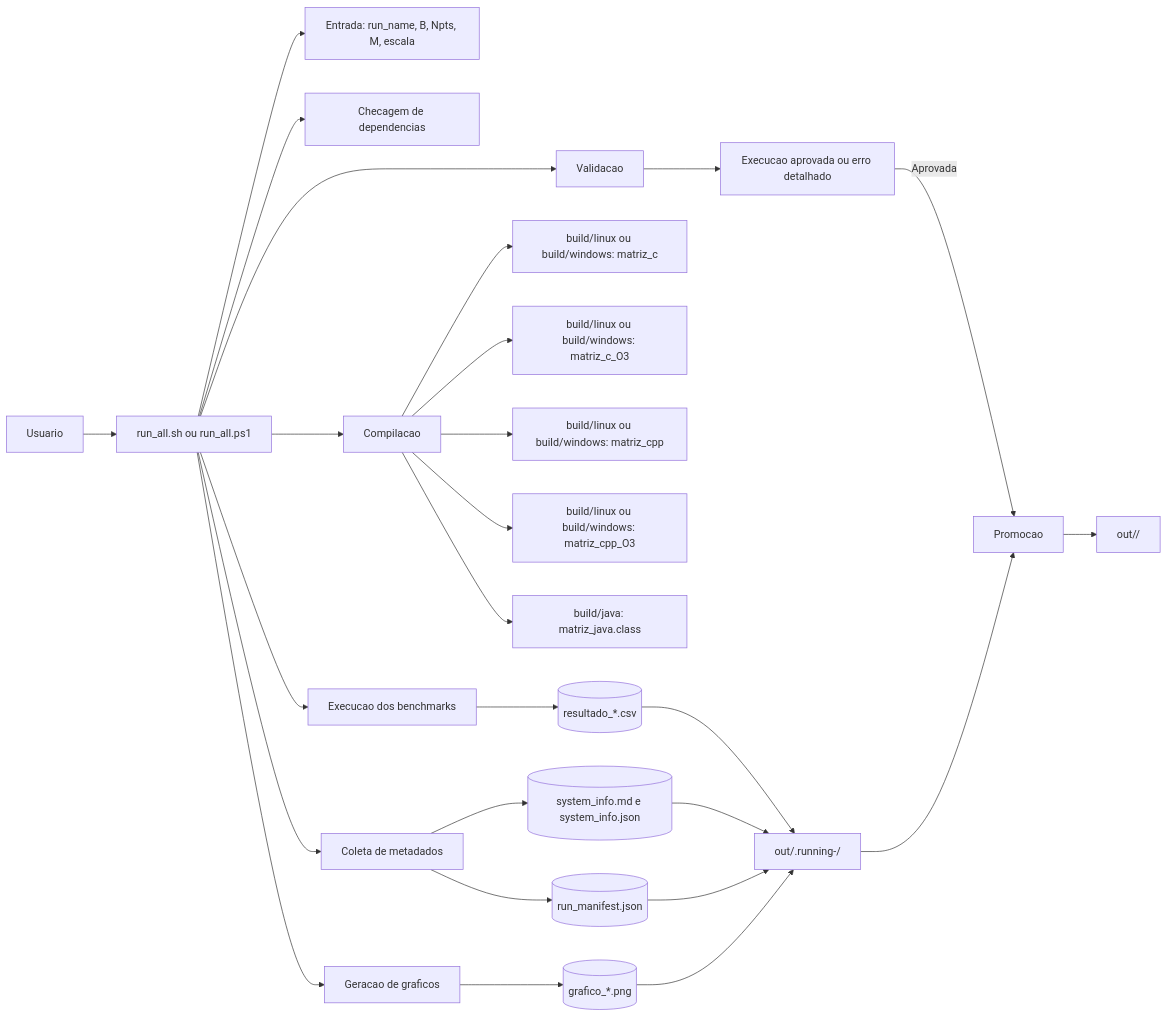
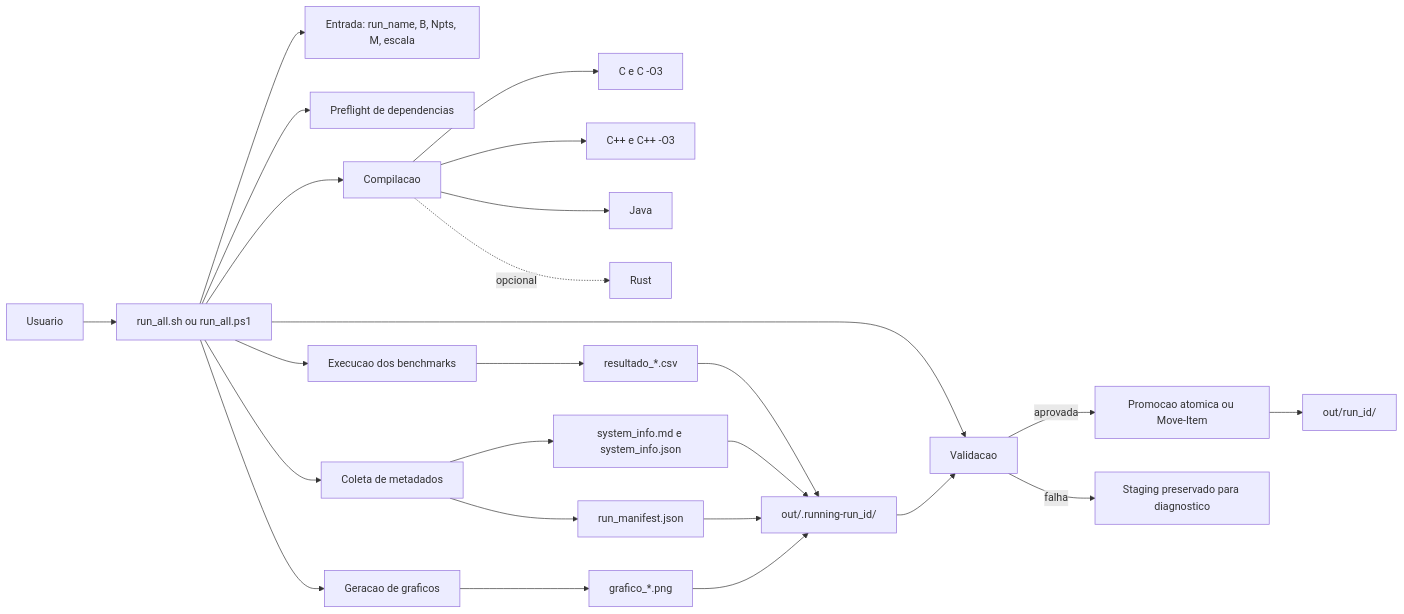
Before and after one commit to Lucas-Sperotto/matrix-multiplication-benchmark: the first of 16 diagrams in docs/DIAGRAMS.md, drawn with Mermaid. The commit also changed other lines of this file, not shown here.

Commit message:
docs: corrige diagramas Mermaid e atualiza fluxo de preflight

````diff
--- a/docs/DIAGRAMS.md
+++ b/docs/DIAGRAMS.md
@@ -19,32 +20,31 @@
 ```mermaid
 flowchart LR
-    Usuario[Usuario] --> Runner[run_all.sh ou run_all.ps1]
+    Usuario["Usuario"] --> Runner["run_all.sh ou run_all.ps1"]
 
-    Runner --> Parametros[Entrada: run_name, B, Npts, M, escala]
-    Runner --> Deps[Checagem de dependencias]
-    Runner --> Build[Compilacao]
-    Runner --> Exec[Execucao dos benchmarks]
-    Runner --> Meta[Coleta de metadados]
-    Runner --> Plot[Geracao de graficos]
-    Runner --> Val[Validacao]
+    Runner --> Parametros["Entrada: run_name, B, Npts, M, escala"]
+    Runner --> Deps["Preflight de dependencias"]
+    Runner --> Build["Compilacao"]
+    Runner --> Exec["Execucao dos benchmarks"]
+    Runner --> Meta["Coleta de metadados"]
+    Runner --> Plot["Geracao de graficos"]
+    Runner --> Val["Validacao"]
 
-    Build --> CBin[build/linux ou build/windows: matriz_c]
-    Build --> CO3Bin[build/linux ou build/windows: matriz_c_O3]
-    Build --> CppBin[build/linux ou build/windows: matriz_cpp]
-    Build --> CppO3Bin[build/linux ou build/windows: matriz_cpp_O3]
-    Build --> JavaClass[build/java: matriz_java.class]
+    Build --> CBin["C e C -O3"]
+    Build --> CppBin["C++ e C++ -O3"]
+    Build --> JavaClass["Java"]
+    Build -. opcional .-> RustBin["Rust"]
 
-    Exec --> Csvs[(resultado_*.csv)]
-    Meta --> SysInfo[(system_info.md e system_info.json)]
-    Meta --> Manifest[(run_manifest.json)]
-    Plot --> Pngs[(grafico_*.png)]
-    Val --> Status[Execucao aprovada ou erro detalhado]
+    Exec --> Csvs["resultado_*.csv"]
+    Meta --> SysInfo["system_info.md e system_info.json"]
+    Meta --> Manifest["run_manifest.json"]
+    Plot --> Pngs["grafico_*.png"]
 
-    Csvs --> Staging["out/.running-<run_id>/"]
+    Csvs --> Staging["out/.running-run_id/"]
     SysInfo --> Staging
     Manifest --> Staging
     Pngs --> Staging
-    Status -- Aprovada --> Promote[Promocao]
-    Staging --> Promote
-    Promote --> OutDir["out/<run_id>/"]
+    Staging --> Val
+    Val -- aprovada --> Promote["Promocao atomica ou Move-Item"]
+    Val -- falha --> Preserve["Staging preservado para diagnostico"]
+    Promote --> OutDir["out/run_id/"]
 ```
````
